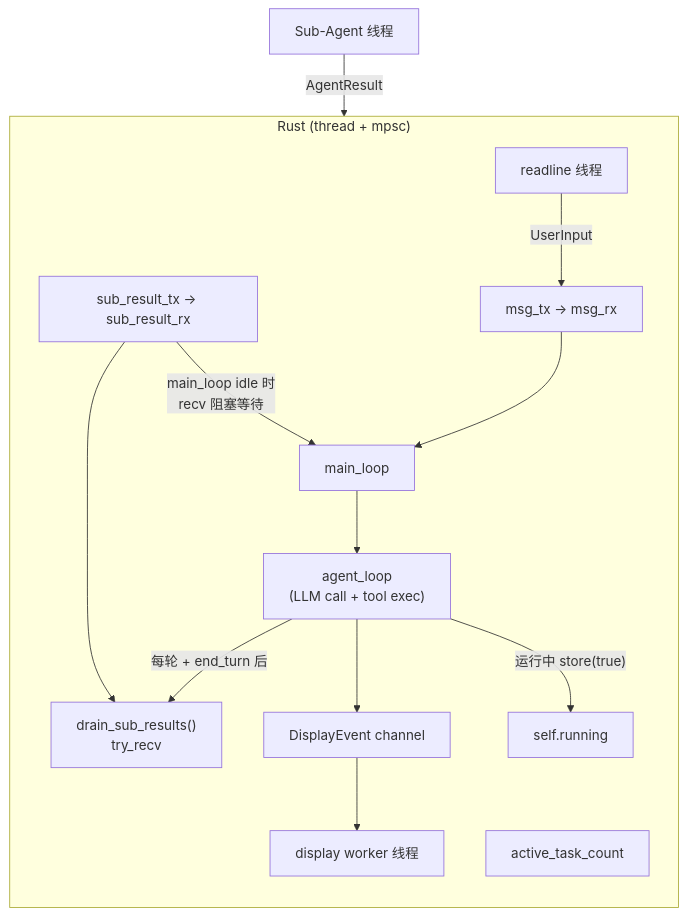
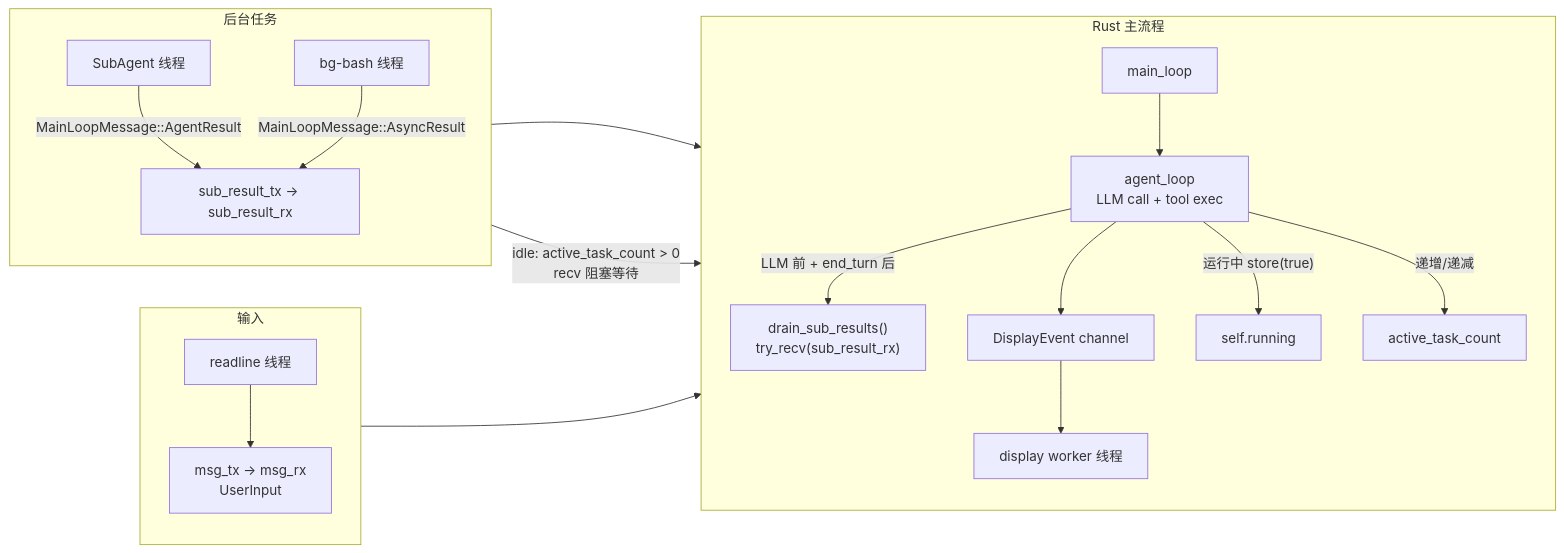
Before and after one commit to lloydzhou/bash-agent: the eighth of 8 diagrams in docs/BASH_ARCHITECTURE.md, drawn with Mermaid. The commit also changed other lines of this file and 1 other file, not shown here.

Commit message:
docs: update architecture diagrams

````diff
--- a/docs/BASH_ARCHITECTURE.md
+++ b/docs/BASH_ARCHITECTURE.md
@@ -1462,28 +1569,38 @@
 ```mermaid
-graph TB
-    subgraph Rust["Rust (thread + mpsc)"]
+graph LR
+    subgraph RIn["输入"]
         direction TB
         RL["readline 线程"]
-        RInput["msg_tx → msg_rx"]
+        RInput["msg_tx → msg_rx<br/>UserInput"]
+        RL --> RInput
+    end
+
+    subgraph RMainFlow["Rust 主流程"]
+        direction TB
         RMain["main_loop"]
-        RAgent["agent_loop<br/>(LLM call + tool exec)"]
-        RDrain["drain_sub_results()<br/>try_recv"]
-        RResultQ["sub_result_tx → sub_result_rx"]
+        RAgent["agent_loop<br/>LLM call + tool exec"]
+        RDrain["drain_sub_results()<br/>try_recv(sub_result_rx)"]
         RDispQ["DisplayEvent channel"]
         RDisp["display worker 线程"]
         RRunning["self.running"]
         RActive["active_task_count"]
+        RMain --> RAgent
+        RAgent -->|"LLM 前 + end_turn 后"| RDrain
+        RAgent --> RDispQ --> RDisp
+        RAgent -->|"运行中 store(true)"| RRunning
+        RAgent -->|"递增/递减"| RActive
     end
-    RSub["Sub-Agent 线程"]
 
-    RL -->|"UserInput"| RInput
+    subgraph RBg["后台任务"]
+        direction TB
+        RSub["SubAgent 线程"]
+        RBash["bg-bash 线程"]
+        RResultQ["sub_result_tx → sub_result_rx"]
+        RSub -->|"MainLoopMessage::AgentResult"| RResultQ
+        RBash -->|"MainLoopMessage::AsyncResult"| RResultQ
+    end
+
     RInput --> RMain
-    RMain --> RAgent
-    RAgent -->|"每轮 + end_turn 后"| RDrain
-    RAgent --> RDispQ
-    RDispQ --> RDisp
-    RAgent -->|"运行中 store(true)"| RRunning
-    RSub -->|"AgentResult"| RResultQ
     RResultQ --> RDrain
-    RResultQ -->|"main_loop idle 时<br/>recv 阻塞等待"| RMain
+    RResultQ -->|"idle: active_task_count > 0<br/>recv 阻塞等待"| RMain
 ```
````
